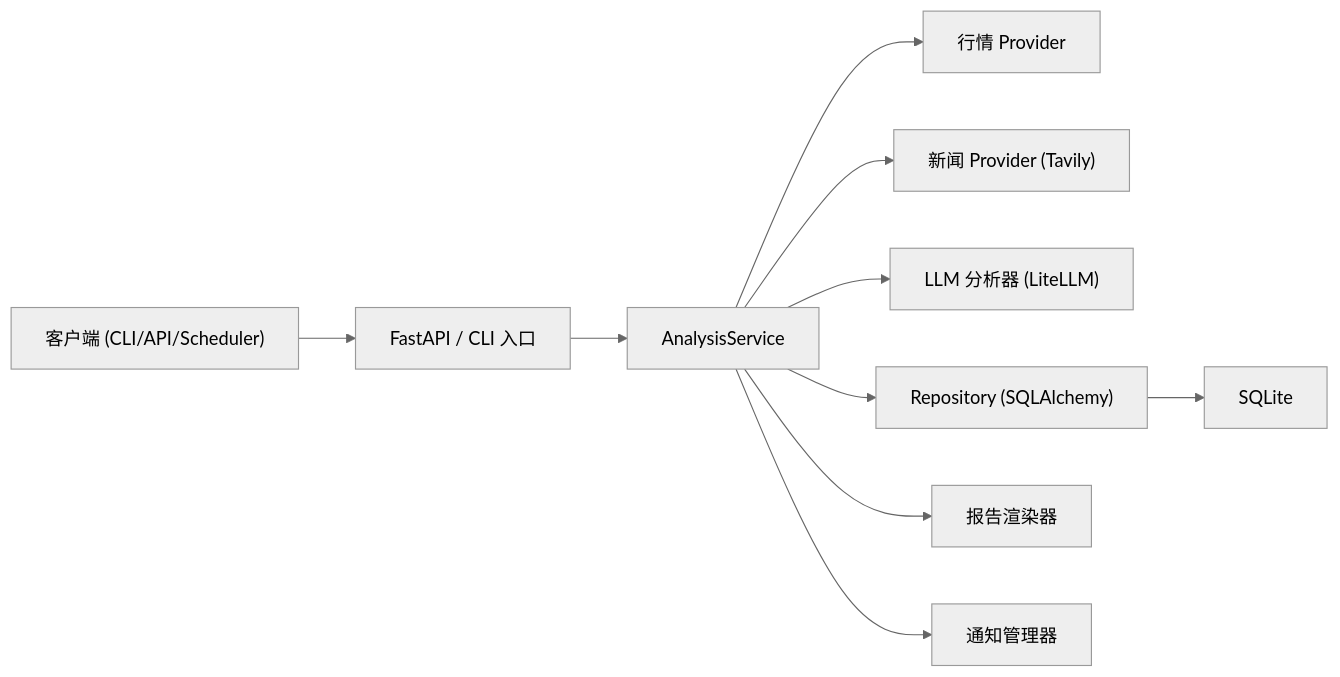
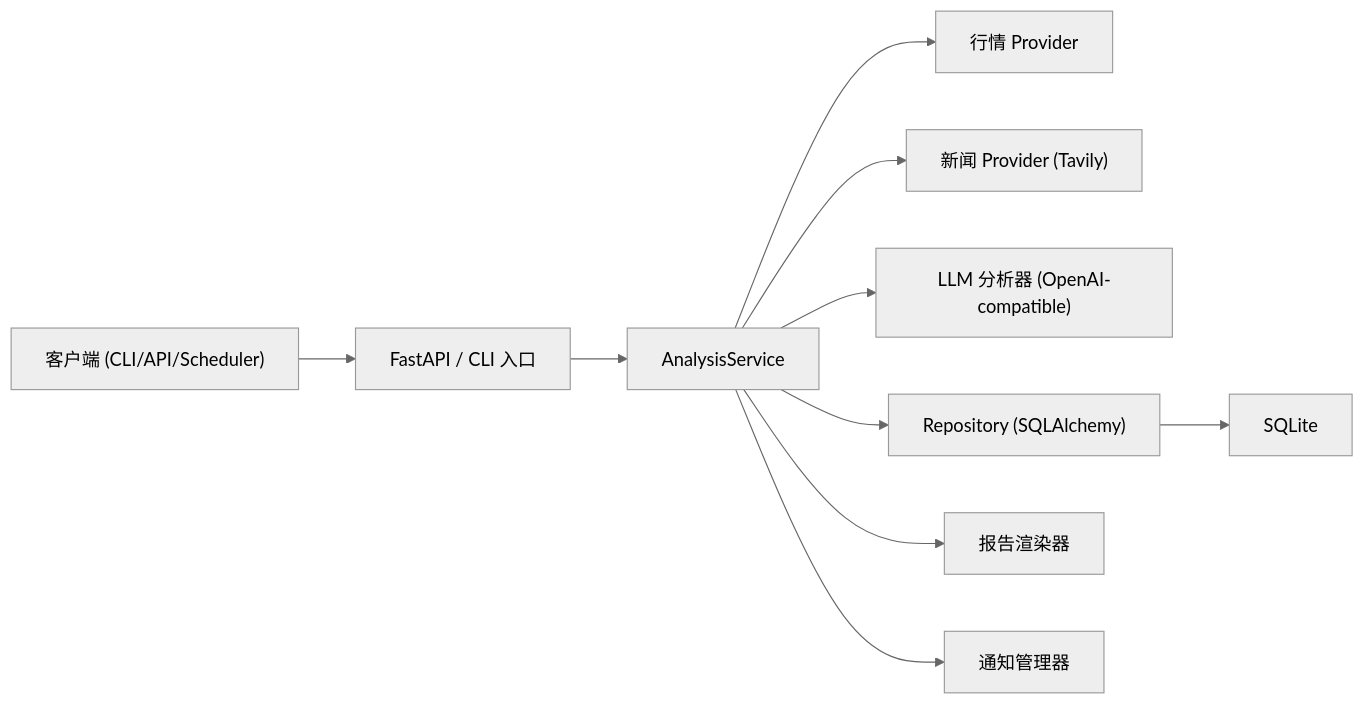
The diagram in README_CN.md (Tendo33/daily_ETF_analysis), drawn with Mermaid (neutral theme) before and after one commit. The commit also changed other lines of this file and 13 other files, not shown here.

First line of the commit message:
Refactor LLM configuration to support OpenAI integration

````diff
--- a/README_CN.md
+++ b/README_CN.md
@@ -62,12 +62,12 @@
 ```mermaid
 flowchart LR
     A["客户端 (CLI/API/Scheduler)"] --> B["FastAPI / CLI 入口"]
     B --> C["AnalysisService"]
     C --> D["行情 Provider"]
     C --> E["新闻 Provider (Tavily)"]
-    C --> F["LLM 分析器 (LiteLLM)"]
+    C --> F["LLM 分析器 (OpenAI-compatible)"]
     C --> G["Repository (SQLAlchemy)"]
     G --> H["SQLite"]
     C --> I["报告渲染器"]
     C --> J["通知管理器"]
 ```
````
